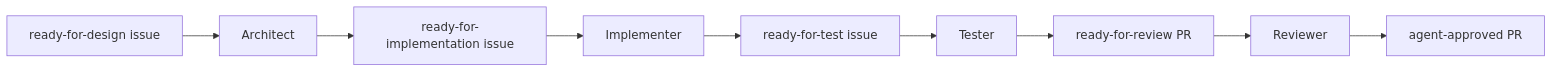
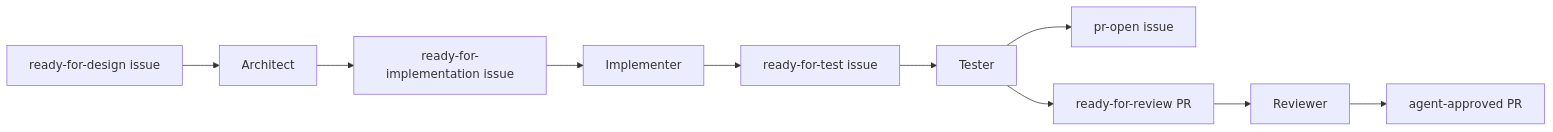
Before and after one commit to vinu-dev/agentry: the diagram in docs/architecture.md, drawn with Mermaid. The commit also changed other lines of this file and 15 other files, not shown here.

````diff
--- a/docs/architecture.md
+++ b/docs/architecture.md
@@ -84,11 +84,12 @@
 ```mermaid
 flowchart LR
   A["ready-for-design issue"] --> B["Architect"]
   B --> C["ready-for-implementation issue"]
   C --> D["Implementer"]
   D --> E["ready-for-test issue"]
   E --> F["Tester"]
-  F --> G["ready-for-review PR"]
-  G --> H["Reviewer"]
-  H --> I["agent-approved PR"]
+  F --> G["pr-open issue"]
+  F --> H["ready-for-review PR"]
+  H --> I["Reviewer"]
+  I --> J["agent-approved PR"]
 ```
````
